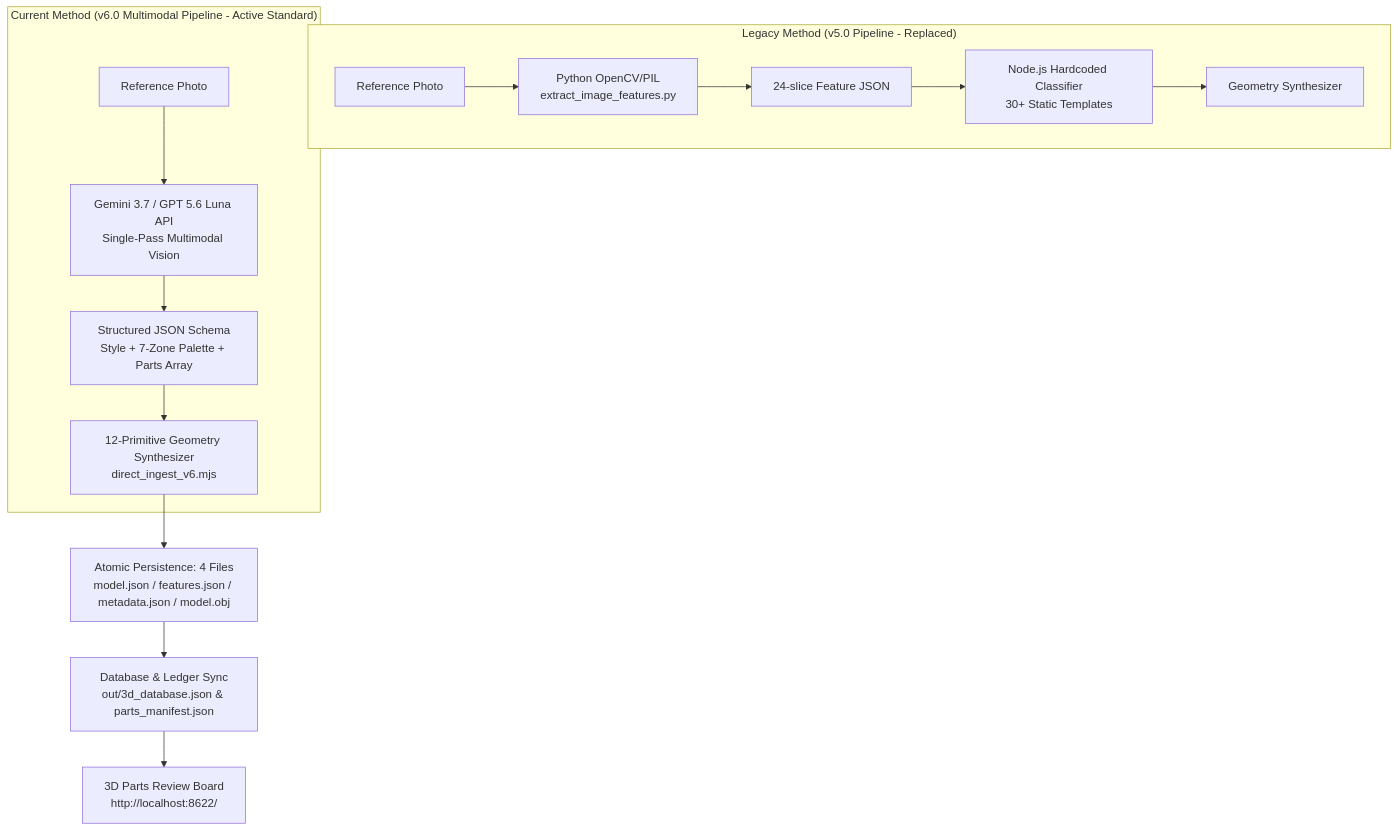
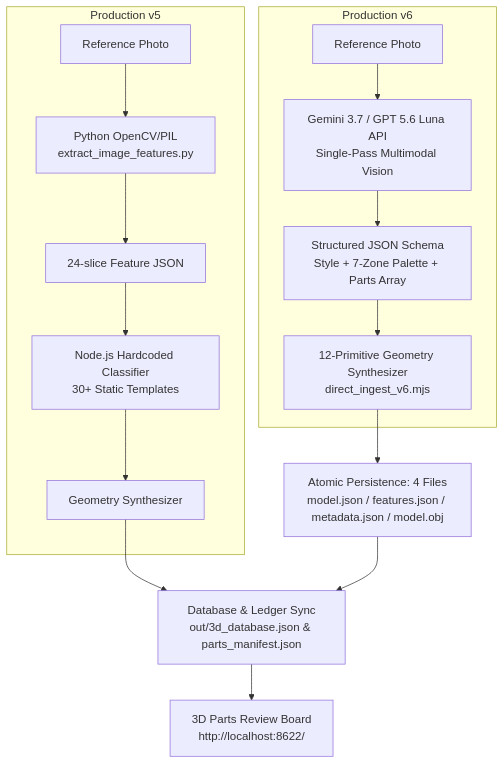
Before and after one commit to changweilin/steel_vs_swarm: the diagram in .agents/skills/llm-img-to-3d-pipeline/SKILL.md, drawn with Mermaid. The commit also changed other lines of this file and 25 other files, not shown here.

````diff
--- a/.agents/skills/llm-img-to-3d-pipeline/SKILL.md
+++ b/.agents/skills/llm-img-to-3d-pipeline/SKILL.md
@@ -39,19 +40,20 @@
 ```mermaid
 graph TD
-    subgraph "Legacy Method (v5.0 Pipeline - Replaced)"
+    subgraph "Production v5"
         IMG_OLD[Reference Photo] --> PY_CV[Python OpenCV/PIL<br>extract_image_features.py]
         PY_CV --> FEAT_JSON[24-slice Feature JSON]
         FEAT_JSON --> RULE_SYS[Node.js Hardcoded Classifier<br>30+ Static Templates]
         RULE_SYS --> GEO_V5[Geometry Synthesizer]
     end
 
-    subgraph "Current Method (v6.0 Multimodal Pipeline - Active Standard)"
+    subgraph "Production v6"
         IMG_NEW[Reference Photo] --> GEMINI_API[Gemini 3.7 / GPT 5.6 Luna API<br>Single-Pass Multimodal Vision]
         GEMINI_API --> STRUCT_JSON[Structured JSON Schema<br>Style + 7-Zone Palette + Parts Array]
         STRUCT_JSON --> GEO_V6[12-Primitive Geometry Synthesizer<br>direct_ingest_v6.mjs]
     end
 
+    GEO_V5 --> DB_SYNC
     GEO_V6 --> ATOMIC_SAVE[Atomic Persistence: 4 Files<br>model.json / features.json / metadata.json / model.obj]
     ATOMIC_SAVE --> DB_SYNC[Database & Ledger Sync<br>out/3d_database.json & parts_manifest.json]
     DB_SYNC --> REVIEW_BOARD[3D Parts Review Board<br>http://localhost:8622/]
 ```
````
